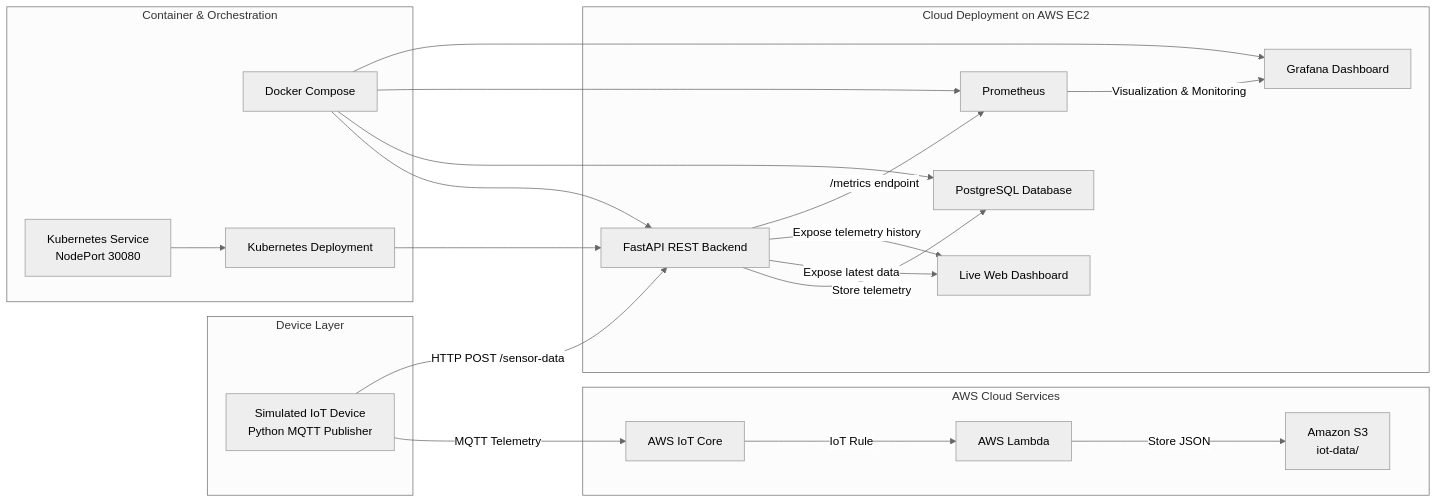
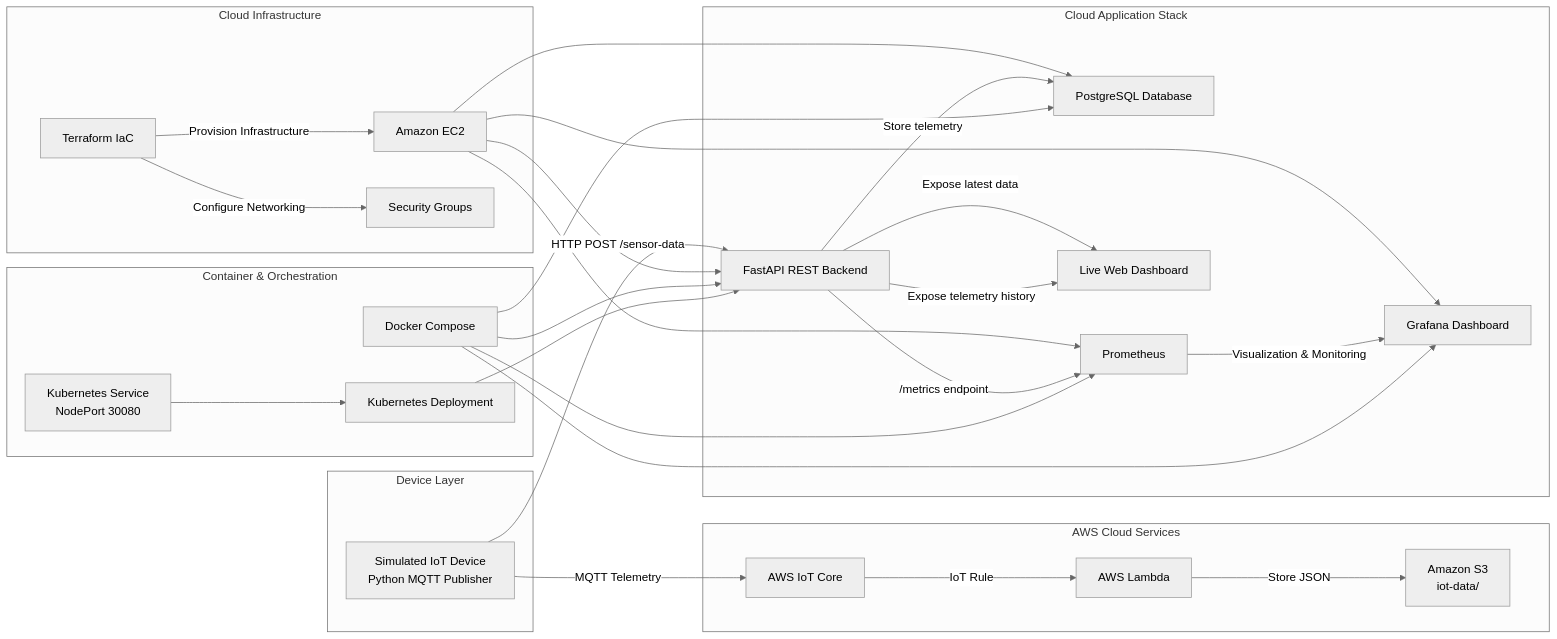
One commit to umair95-prog/iot-cloud-platform changed the first of 2 diagrams in README.md. Above: the diagram before and after it, drawn with Mermaid (neutral theme). The commit also changed other lines of this file, not shown here.

````diff
--- a/README.md
+++ b/README.md
@@ -30,48 +30,62 @@
 ```mermaid
 flowchart LR
 
     subgraph Device Layer
         A[Simulated IoT Device<br>Python MQTT Publisher]
     end
 
     subgraph AWS Cloud Services
         B[AWS IoT Core]
         C[AWS Lambda]
         D[Amazon S3<br>iot-data/]
     end
 
-    subgraph Cloud Deployment on AWS EC2
-        E[FastAPI REST Backend]
-        F[PostgreSQL Database]
-        G[Live Web Dashboard]
-        H[Prometheus]
-        I[Grafana Dashboard]
+    subgraph Cloud Infrastructure
+        E[Terraform IaC]
+        F[Amazon EC2]
+        G[Security Groups]
+    end
+
+    subgraph Cloud Application Stack
+        H[FastAPI REST Backend]
+        I[PostgreSQL Database]
+        J[Prometheus]
+        K[Grafana Dashboard]
+        L[Live Web Dashboard]
     end
 
     subgraph Container & Orchestration
-        J[Docker Compose]
-        K[Kubernetes Deployment]
-        L[Kubernetes Service<br>NodePort 30080]
+        M[Docker Compose]
+        N[Kubernetes Deployment]
+        O[Kubernetes Service<br>NodePort 30080]
     end
 
     A -->|MQTT Telemetry| B
     B -->|IoT Rule| C
     C -->|Store JSON| D
 
-    A -->|HTTP POST /sensor-data| E
+    E -->|Provision Infrastructure| F
+    E -->|Configure Networking| G
 
-    E -->|Store telemetry| F
-    E -->|Expose latest data| G
-    E -->|Expose telemetry history| G
+    A -->|HTTP POST /sensor-data| H
 
-    E -->|/metrics endpoint| H
-    H -->|Visualization & Monitoring| I
+    F --> H
+    F --> I
+    F --> J
+    F --> K
 
-    J --> E
-    J --> F
-    J --> H
-    J --> I
+    H -->|Store telemetry| I
+    H -->|Expose latest data| L
+    H -->|Expose telemetry history| L
 
-    K --> E
-    L --> K
+    H -->|/metrics endpoint| J
+    J -->|Visualization & Monitoring| K
+
+    M --> H
+    M --> I
+    M --> J
+    M --> K
+
+    N --> H
+    O --> N
 ```
````
